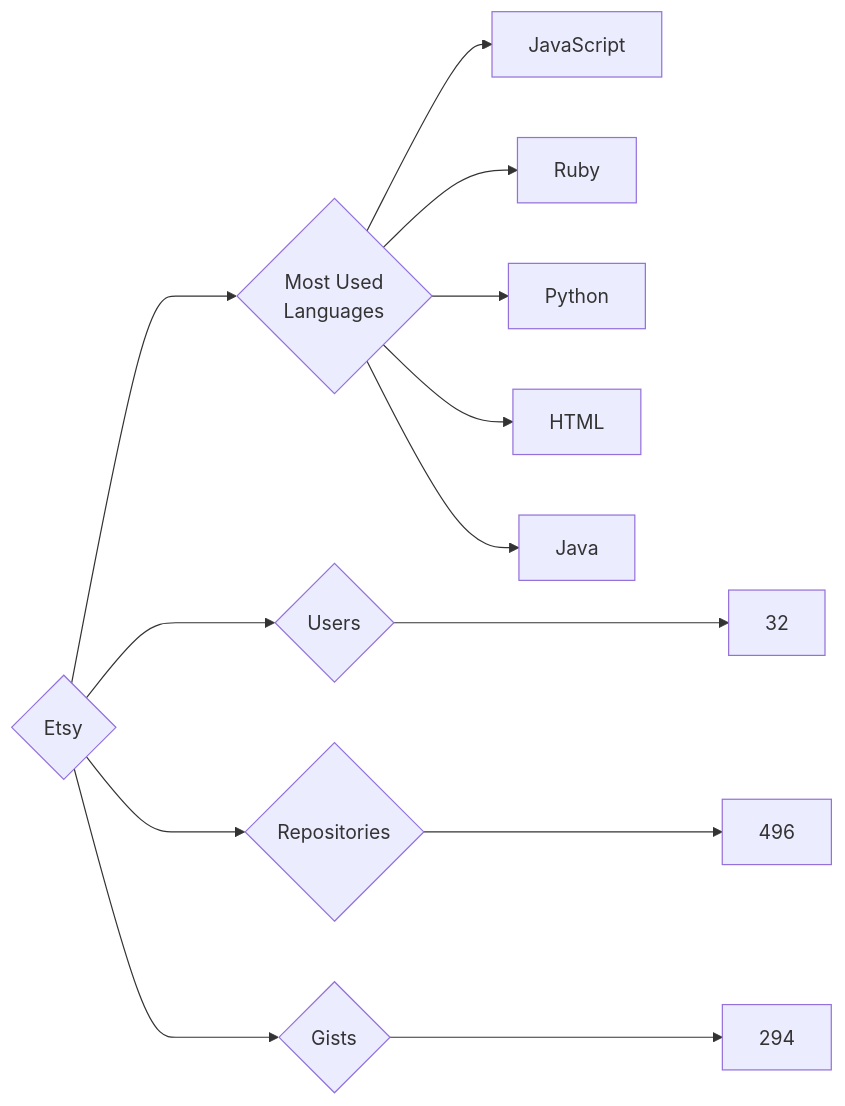
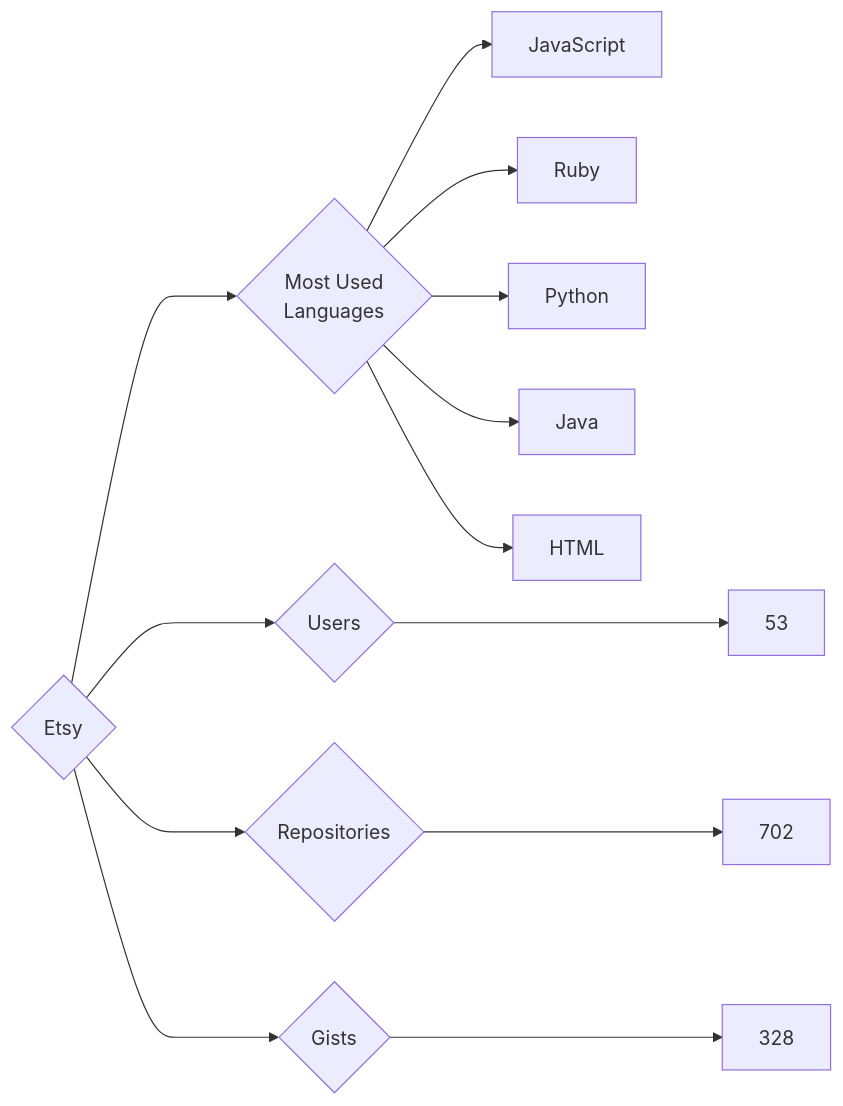
Before and after one commit to trickest/insiders: the diagram in targets/Etsy/README.md, drawn with Mermaid. The commit also changed 714 other files, not shown here.

````diff
--- a/targets/Etsy/README.md
+++ b/targets/Etsy/README.md
@@ -3,13 +3,13 @@
 ```mermaid
 graph LR
 COMPANY_NAME{Etsy}
-COMPANY_NAME ---> U{Users} ---> UN[32]
-COMPANY_NAME ---> R{Repositories} ---> RN[496]
-COMPANY_NAME ---> G{Gists} ---> GN[294]
+COMPANY_NAME ---> U{Users} ---> UN[53]
+COMPANY_NAME ---> R{Repositories} ---> RN[702]
+COMPANY_NAME ---> G{Gists} ---> GN[328]
 COMPANY_NAME ---> ML{Most Used<br>Languages}
 ML --> JavaScript[JavaScript]
 ML --> Ruby[Ruby]
 ML --> Python[Python]
+ML --> Java[Java]
 ML --> HTML[HTML]
-ML --> Java[Java]
 ```
````
